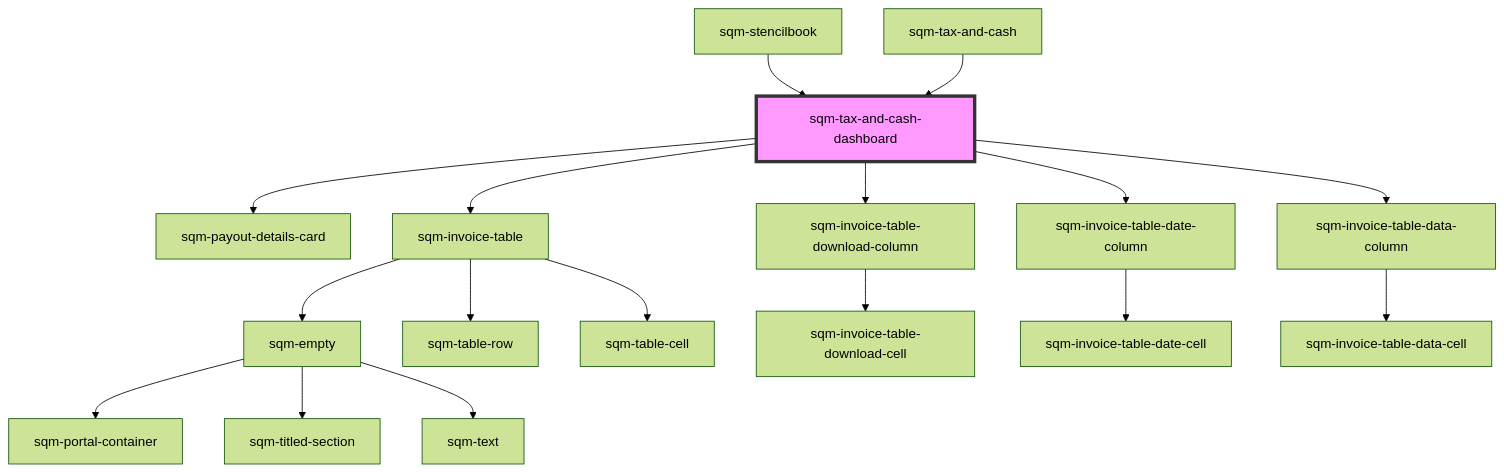
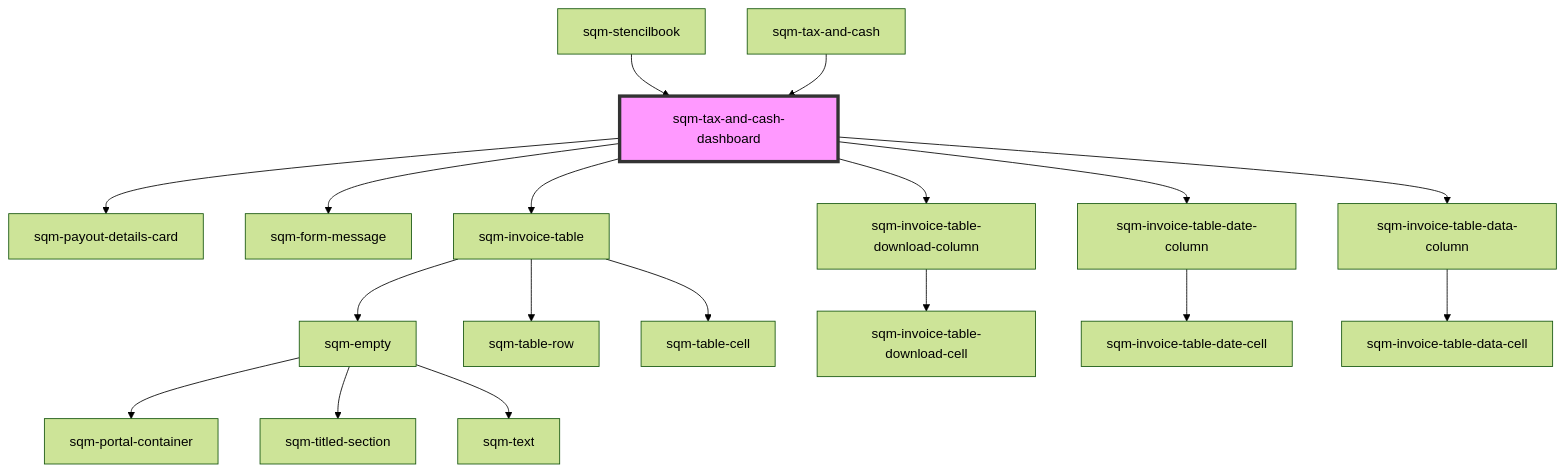
One commit to saasquatch/program-tools changed the diagram in packages/mint-components/src/components/tax-and-cash/sqm-tax-and-cash-dashboard/readme.md. Above: the diagram before and after it, drawn with Mermaid (forest theme). The commit also changed other lines of this file and 11 other files, not shown here.

````diff
--- a/packages/mint-components/src/components/tax-and-cash/sqm-tax-and-cash-dashboard/readme.md
+++ b/packages/mint-components/src/components/tax-and-cash/sqm-tax-and-cash-dashboard/readme.md
@@ -93,20 +94,21 @@
 ```mermaid
 graph TD;
   sqm-tax-and-cash-dashboard --> sqm-payout-details-card
+  sqm-tax-and-cash-dashboard --> sqm-form-message
   sqm-tax-and-cash-dashboard --> sqm-invoice-table
   sqm-tax-and-cash-dashboard --> sqm-invoice-table-download-column
   sqm-tax-and-cash-dashboard --> sqm-invoice-table-date-column
   sqm-tax-and-cash-dashboard --> sqm-invoice-table-data-column
   sqm-invoice-table --> sqm-empty
   sqm-invoice-table --> sqm-table-row
   sqm-invoice-table --> sqm-table-cell
   sqm-empty --> sqm-portal-container
   sqm-empty --> sqm-titled-section
   sqm-empty --> sqm-text
   sqm-invoice-table-download-column --> sqm-invoice-table-download-cell
   sqm-invoice-table-date-column --> sqm-invoice-table-date-cell
   sqm-invoice-table-data-column --> sqm-invoice-table-data-cell
   sqm-stencilbook --> sqm-tax-and-cash-dashboard
   sqm-tax-and-cash --> sqm-tax-and-cash-dashboard
   style sqm-tax-and-cash-dashboard fill:#f9f,stroke:#333,stroke-width:4px
 ```
````
